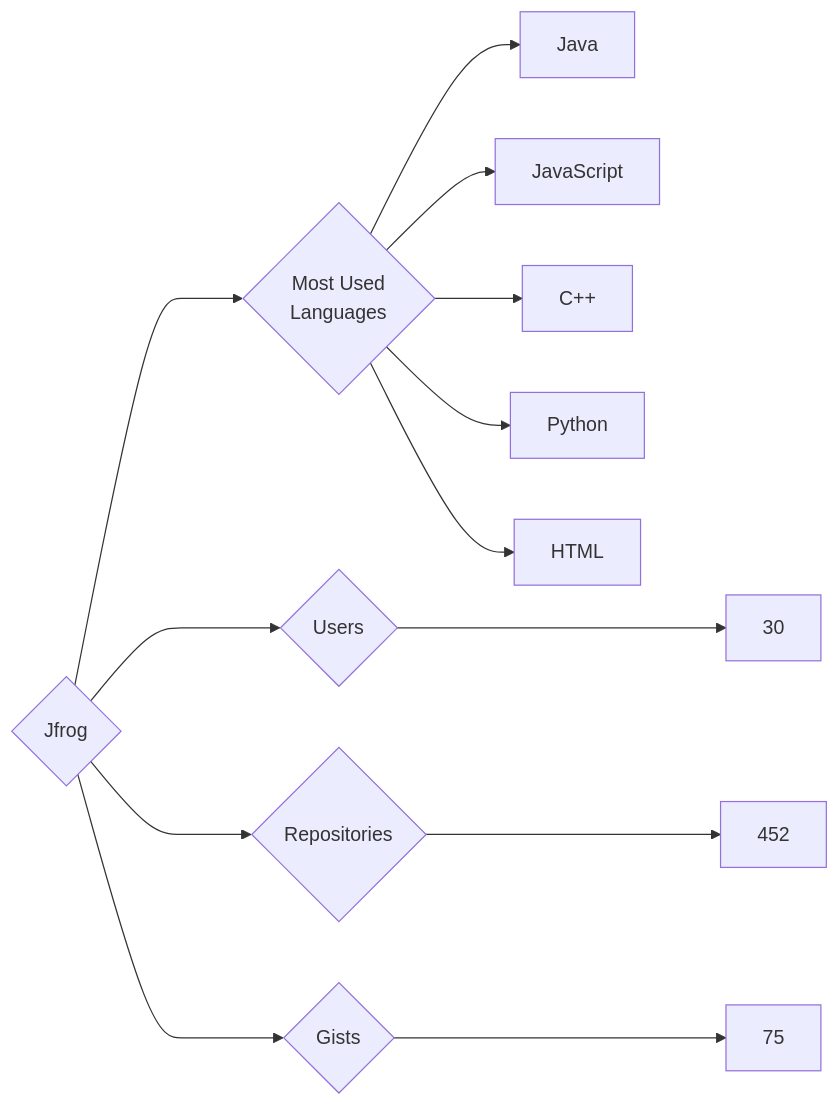
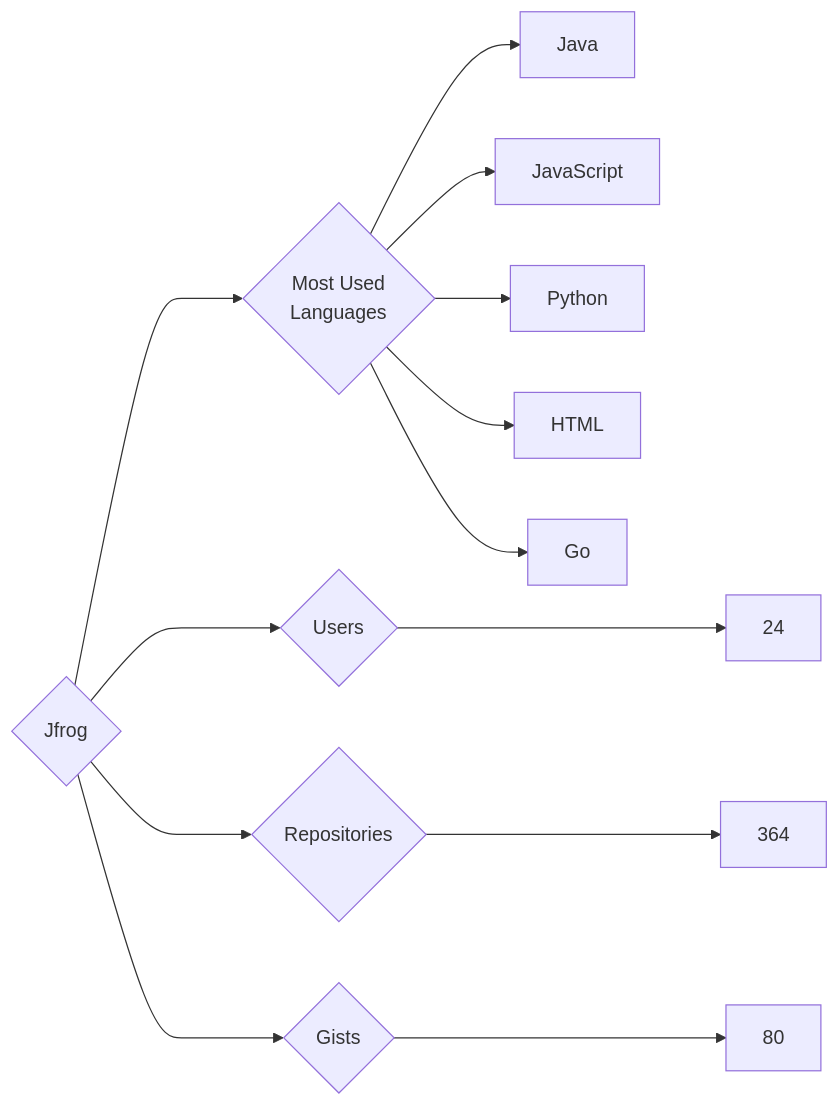
The diagram in targets/Jfrog/README.md (trickest/insiders), drawn with Mermaid before and after one commit. The commit also changed 757 other files, not shown here.

````diff
--- a/targets/Jfrog/README.md
+++ b/targets/Jfrog/README.md
@@ -3,13 +3,13 @@
 ```mermaid
 graph LR
 COMPANY_NAME{Jfrog}
-COMPANY_NAME ---> U{Users} ---> UN[30]
-COMPANY_NAME ---> R{Repositories} ---> RN[452]
-COMPANY_NAME ---> G{Gists} ---> GN[75]
+COMPANY_NAME ---> U{Users} ---> UN[24]
+COMPANY_NAME ---> R{Repositories} ---> RN[364]
+COMPANY_NAME ---> G{Gists} ---> GN[80]
 COMPANY_NAME ---> ML{Most Used<br>Languages}
 ML --> Java[Java]
 ML --> JavaScript[JavaScript]
-ML --> C++[C++]
 ML --> Python[Python]
 ML --> HTML[HTML]
+ML --> Go[Go]
 ```
````
